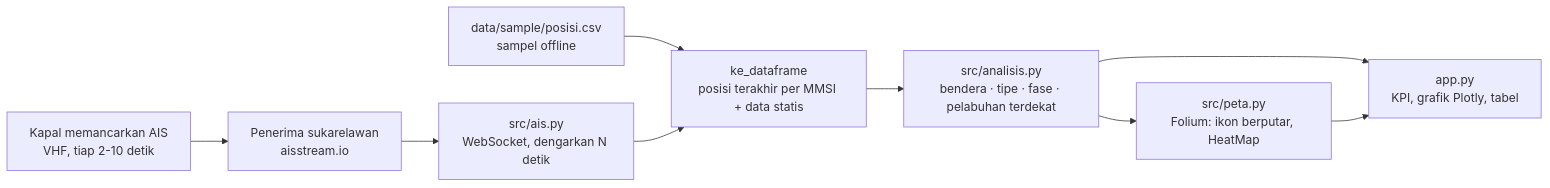
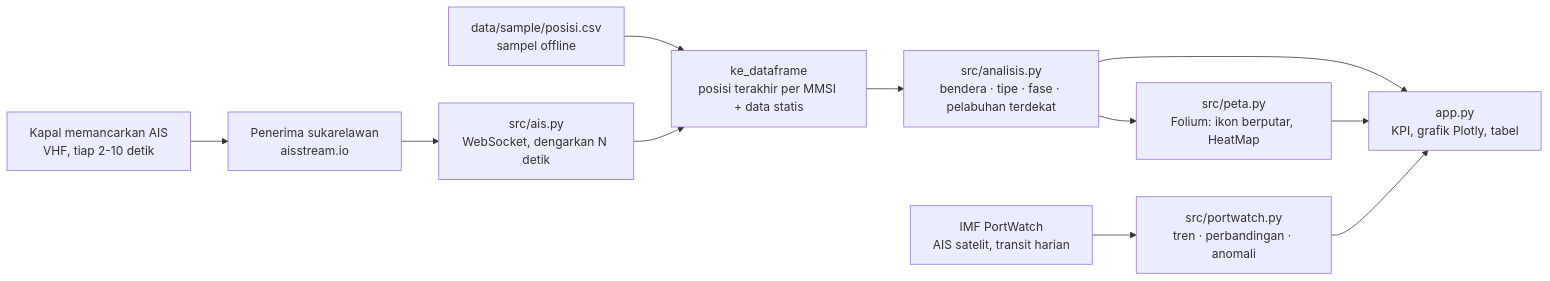
Before and after one commit to Avalon2222/strait-watch: the diagram in README.md, drawn with Mermaid. The commit also changed other lines of this file and 25 other files, not shown here.

Commit message:
Tambah data transit PortWatch dan sampel AIS

````diff
--- a/README.md
+++ b/README.md
@@ -87,11 +94,13 @@
 ```mermaid
 flowchart LR
     A[Kapal memancarkan AIS<br/>VHF, tiap 2-10 detik] --> B[Penerima sukarelawan<br/>aisstream.io]
     B --> C[src/ais.py<br/>WebSocket, dengarkan N detik]
     S[data/sample/posisi.csv<br/>sampel offline] --> D
     C --> D[ke_dataframe<br/>posisi terakhir per MMSI + data statis]
     D --> E[src/analisis.py<br/>bendera · tipe · fase · pelabuhan terdekat]
     E --> F[src/peta.py<br/>Folium: ikon berputar, HeatMap]
     E --> G[app.py<br/>KPI, grafik Plotly, tabel]
     F --> G
+    P[IMF PortWatch<br/>AIS satelit, transit harian] --> Q[src/portwatch.py<br/>tren · perbandingan · anomali]
+    Q --> G
 ```
````
